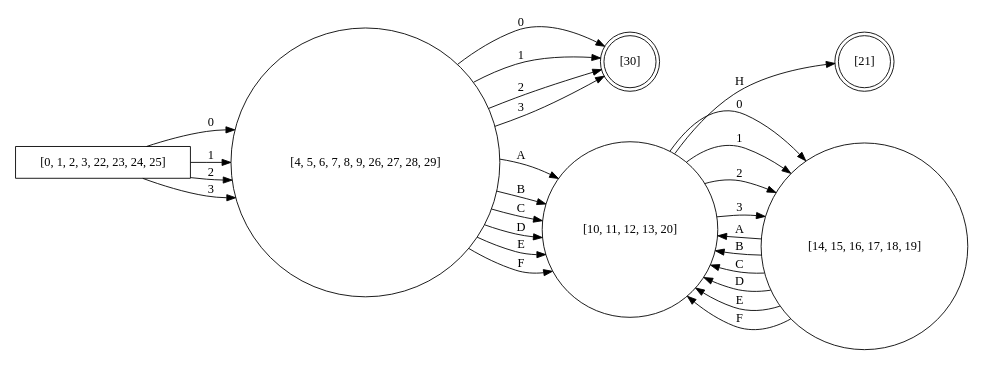
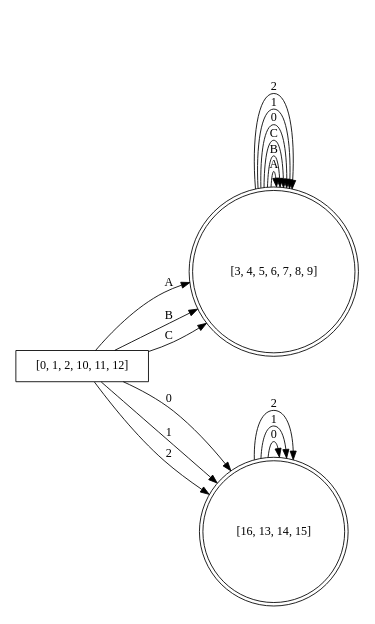
The diagram in dfa_subset.gv (AngryR4v3n/LenguajesPR2), drawn with Graphviz before and after one commit. The commit also changed 9 other files, not shown here.

```diff
--- a/dfa_subset.gv
+++ b/dfa_subset.gv
@@ -1,41 +1,51 @@
 digraph finite_state_machine {
 	rankdir=LR size="8,5"
 	node [shape=rectangular]
-	"[0, 1, 2, 3, 22, 23, 24, 25]"
+	"[0, 1, 2, 10, 11, 12]"
 	node [shape=doublecircle]
-	"[30]"
+	"[3, 4, 5, 6, 7, 8, 9]"
 	node [shape=doublecircle]
-	"[30]"
+	"[3, 4, 5, 6, 7, 8, 9]"
 	node [shape=doublecircle]
-	"[30]"
+	"[3, 4, 5, 6, 7, 8, 9]"
 	node [shape=doublecircle]
-	"[30]"
+	"[16, 13, 14, 15]"
 	node [shape=doublecircle]
-	"[21]"
+	"[16, 13, 14, 15]"
+	node [shape=doublecircle]
+	"[16, 13, 14, 15]"
+	node [shape=doublecircle]
+	"[3, 4, 5, 6, 7, 8, 9]"
+	node [shape=doublecircle]
+	"[3, 4, 5, 6, 7, 8, 9]"
+	node [shape=doublecircle]
+	"[3, 4, 5, 6, 7, 8, 9]"
+	node [shape=doublecircle]
+	"[3, 4, 5, 6, 7, 8, 9]"
+	node [shape=doublecircle]
+	"[3, 4, 5, 6, 7, 8, 9]"
+	node [shape=doublecircle]
+	"[3, 4, 5, 6, 7, 8, 9]"
+	node [shape=doublecircle]
+	"[16, 13, 14, 15]"
+	node [shape=doublecircle]
+	"[16, 13, 14, 15]"
+	node [shape=doublecircle]
+	"[16, 13, 14, 15]"
 	node [shape=circle]
-	"[0, 1, 2, 3, 22, 23, 24, 25]" -> "[4, 5, 6, 7, 8, 9, 26, 27, 28, 29]" [label=0]
-	"[0, 1, 2, 3, 22, 23, 24, 25]" -> "[4, 5, 6, 7, 8, 9, 26, 27, 28, 29]" [label=1]
-	"[0, 1, 2, 3, 22, 23, 24, 25]" -> "[4, 5, 6, 7, 8, 9, 26, 27, 28, 29]" [label=2]
-	"[0, 1, 2, 3, 22, 23, 24, 25]" -> "[4, 5, 6, 7, 8, 9, 26, 27, 28, 29]" [label=3]
-	"[4, 5, 6, 7, 8, 9, 26, 27, 28, 29]" -> "[30]" [label=0]
-	"[4, 5, 6, 7, 8, 9, 26, 27, 28, 29]" -> "[30]" [label=1]
-	"[4, 5, 6, 7, 8, 9, 26, 27, 28, 29]" -> "[30]" [label=2]
-	"[4, 5, 6, 7, 8, 9, 26, 27, 28, 29]" -> "[30]" [label=3]
-	"[4, 5, 6, 7, 8, 9, 26, 27, 28, 29]" -> "[10, 11, 12, 13, 20]" [label=A]
-	"[4, 5, 6, 7, 8, 9, 26, 27, 28, 29]" -> "[10, 11, 12, 13, 20]" [label=B]
-	"[4, 5, 6, 7, 8, 9, 26, 27, 28, 29]" -> "[10, 11, 12, 13, 20]" [label=C]
-	"[4, 5, 6, 7, 8, 9, 26, 27, 28, 29]" -> "[10, 11, 12, 13, 20]" [label=D]
-	"[4, 5, 6, 7, 8, 9, 26, 27, 28, 29]" -> "[10, 11, 12, 13, 20]" [label=E]
-	"[4, 5, 6, 7, 8, 9, 26, 27, 28, 29]" -> "[10, 11, 12, 13, 20]" [label=F]
-	"[10, 11, 12, 13, 20]" -> "[14, 15, 16, 17, 18, 19]" [label=0]
-	"[10, 11, 12, 13, 20]" -> "[14, 15, 16, 17, 18, 19]" [label=1]
-	"[10, 11, 12, 13, 20]" -> "[14, 15, 16, 17, 18, 19]" [label=2]
-	"[10, 11, 12, 13, 20]" -> "[14, 15, 16, 17, 18, 19]" [label=3]
-	"[10, 11, 12, 13, 20]" -> "[21]" [label=H]
-	"[14, 15, 16, 17, 18, 19]" -> "[10, 11, 12, 13, 20]" [label=A]
-	"[14, 15, 16, 17, 18, 19]" -> "[10, 11, 12, 13, 20]" [label=B]
-	"[14, 15, 16, 17, 18, 19]" -> "[10, 11, 12, 13, 20]" [label=C]
-	"[14, 15, 16, 17, 18, 19]" -> "[10, 11, 12, 13, 20]" [label=D]
-	"[14, 15, 16, 17, 18, 19]" -> "[10, 11, 12, 13, 20]" [label=E]
-	"[14, 15, 16, 17, 18, 19]" -> "[10, 11, 12, 13, 20]" [label=F]
+	"[0, 1, 2, 10, 11, 12]" -> "[3, 4, 5, 6, 7, 8, 9]" [label=A]
+	"[0, 1, 2, 10, 11, 12]" -> "[3, 4, 5, 6, 7, 8, 9]" [label=B]
+	"[0, 1, 2, 10, 11, 12]" -> "[3, 4, 5, 6, 7, 8, 9]" [label=C]
+	"[0, 1, 2, 10, 11, 12]" -> "[16, 13, 14, 15]" [label=0]
+	"[0, 1, 2, 10, 11, 12]" -> "[16, 13, 14, 15]" [label=1]
+	"[0, 1, 2, 10, 11, 12]" -> "[16, 13, 14, 15]" [label=2]
+	"[3, 4, 5, 6, 7, 8, 9]" -> "[3, 4, 5, 6, 7, 8, 9]" [label=A]
+	"[3, 4, 5, 6, 7, 8, 9]" -> "[3, 4, 5, 6, 7, 8, 9]" [label=B]
+	"[3, 4, 5, 6, 7, 8, 9]" -> "[3, 4, 5, 6, 7, 8, 9]" [label=C]
+	"[3, 4, 5, 6, 7, 8, 9]" -> "[3, 4, 5, 6, 7, 8, 9]" [label=0]
+	"[3, 4, 5, 6, 7, 8, 9]" -> "[3, 4, 5, 6, 7, 8, 9]" [label=1]
+	"[3, 4, 5, 6, 7, 8, 9]" -> "[3, 4, 5, 6, 7, 8, 9]" [label=2]
+	"[16, 13, 14, 15]" -> "[16, 13, 14, 15]" [label=0]
+	"[16, 13, 14, 15]" -> "[16, 13, 14, 15]" [label=1]
+	"[16, 13, 14, 15]" -> "[16, 13, 14, 15]" [label=2]
 }
```
